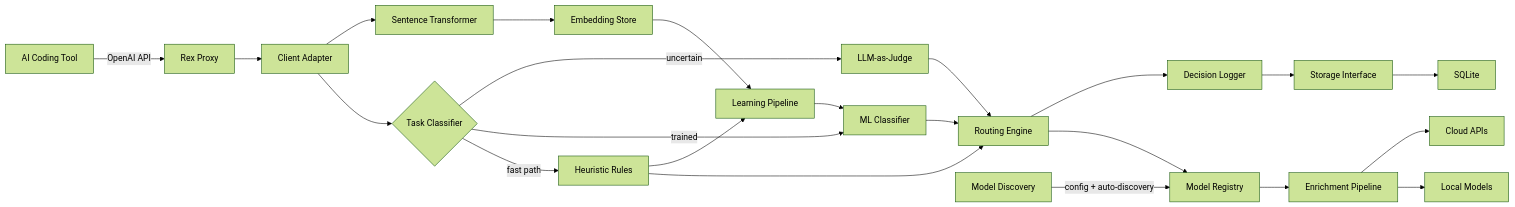
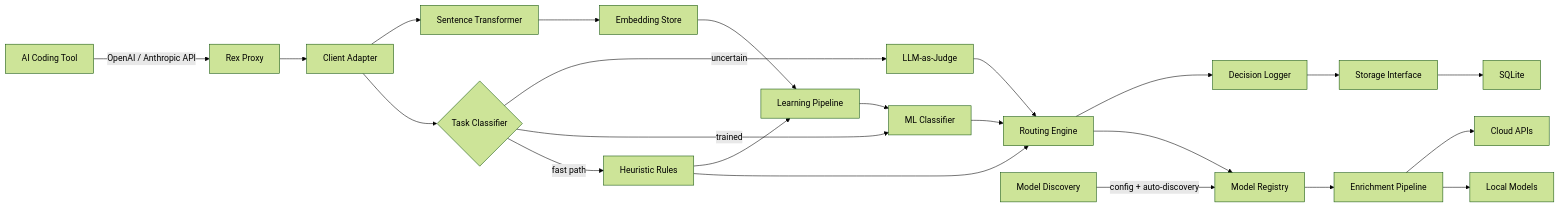
The first of 4 diagrams in ARCHITECTURE.md (thsfranca/rex), drawn with Mermaid (forest theme) before and after one commit. The commit also changed other lines of this file and 2 other files, not shown here.

First line of the commit message:
Document Anthropic Messages API support

````diff
--- a/ARCHITECTURE.md
+++ b/ARCHITECTURE.md
@@ -13,25 +13,25 @@
 ```mermaid
 flowchart LR
-    Client[AI Coding Tool] -->|OpenAI API| Proxy[Rex Proxy]
+    Client[AI Coding Tool] -->|OpenAI / Anthropic API| Proxy[Rex Proxy]
     Proxy --> Adapter[Client Adapter]
     Adapter --> Classifier{Task Classifier}
     Classifier -->|fast path| Heuristics[Heuristic Rules]
     Classifier -->|trained| MLClassifier[ML Classifier]
     Classifier -->|uncertain| LLMJudge[LLM-as-Judge]
     Heuristics --> Router[Routing Engine]
     MLClassifier --> Router
     LLMJudge --> Router
     Router --> Registry[Model Registry]
     Discovery[Model Discovery] -->|config + auto-discovery| Registry
     Registry --> Enrichment[Enrichment Pipeline]
     Enrichment --> Local[Local Models]
     Enrichment --> Cloud[Cloud APIs]
     Router --> Logger[Decision Logger]
     Logger --> Store[Storage Interface]
     Store --> DataStore[SQLite]
     Adapter --> Embedder[Sentence Transformer]
     Embedder --> EmbeddingStore[Embedding Store]
     EmbeddingStore --> LearningPipeline[Learning Pipeline]
     Heuristics --> LearningPipeline
     LearningPipeline --> MLClassifier
 ```
````
